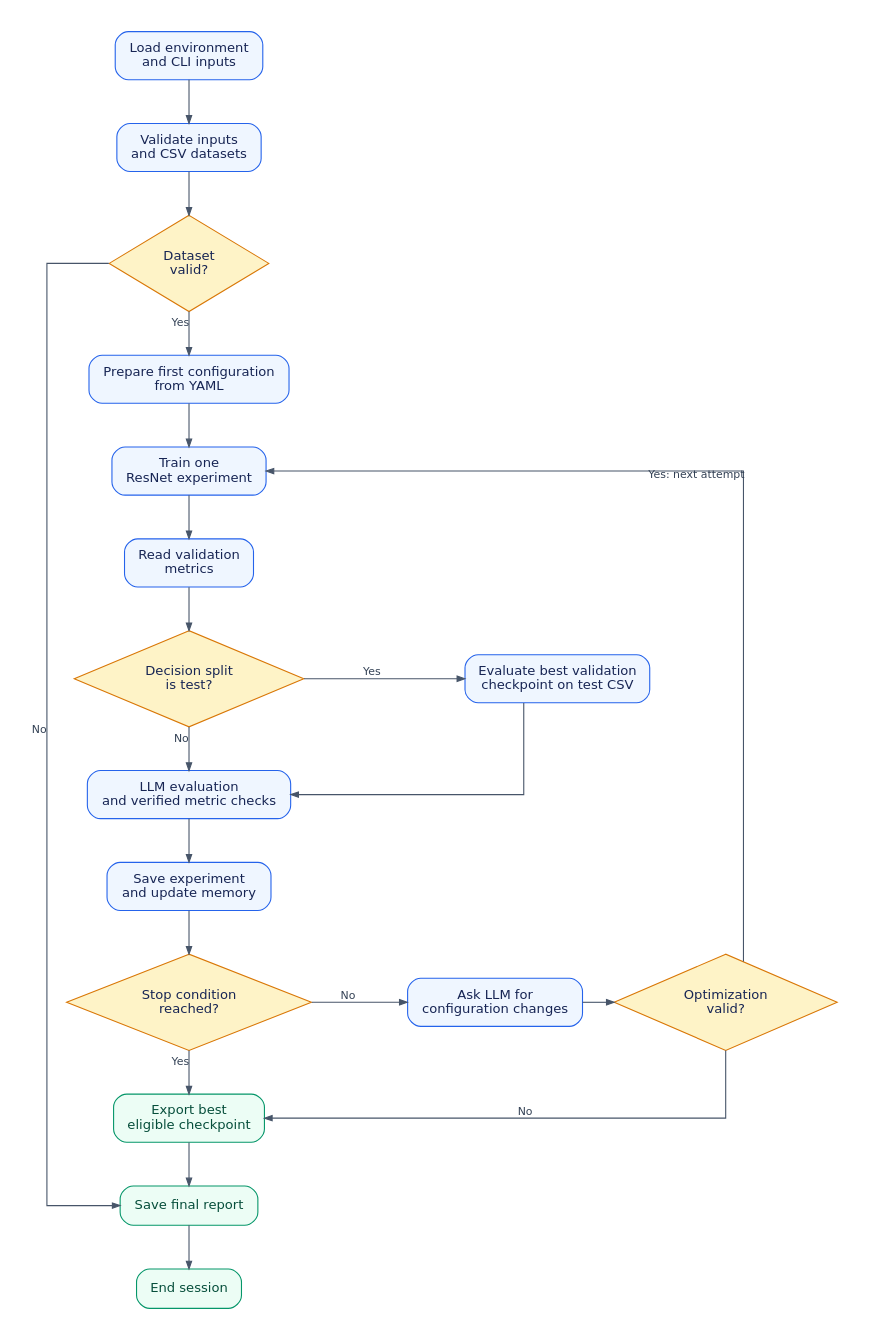
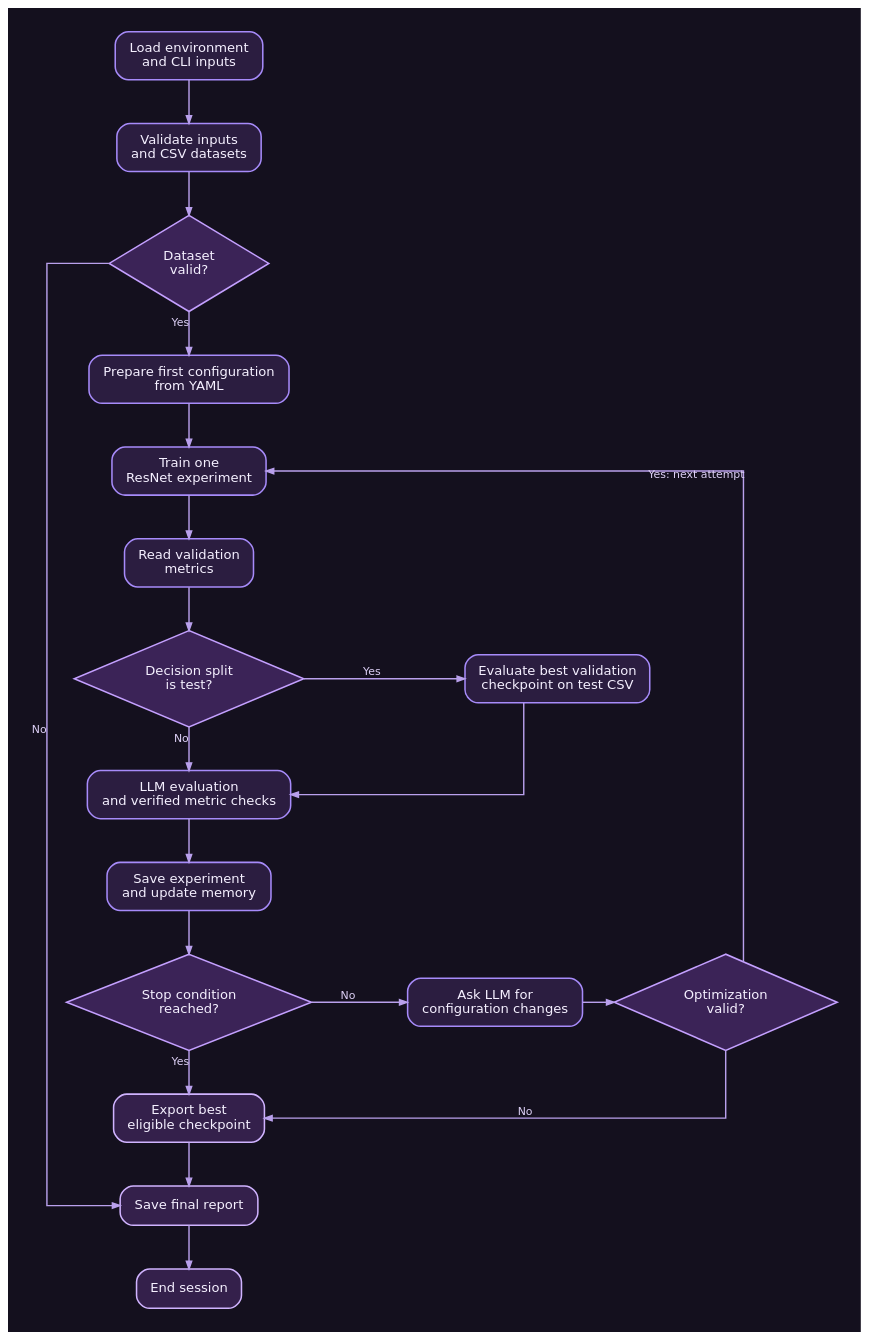
The diagram in docs/assets/agent-workflow.dot (NoraAlqasem/classification_agent), drawn with Graphviz before and after one commit. The commit also changed 1 other file, not shown here.

Commit message:
Style workflow diagram with a dark purple theme

```diff
--- a/docs/assets/agent-workflow.dot
+++ b/docs/assets/agent-workflow.dot
@@ -1,40 +1,40 @@
 digraph AgentWorkflow {
-  graph [rankdir=TB, bgcolor="#ffffff", pad=0.3, nodesep=0.4, ranksep=0.55, splines=ortho];
-  node [shape=box, style="rounded,filled", fillcolor="#eff6ff", color="#2563eb", fontcolor="#172554", fontname="DejaVu Sans", fontsize=12, margin="0.18,0.12", group=main];
-  edge [color="#475569", fontcolor="#334155", fontname="DejaVu Sans", fontsize=10, arrowsize=0.7, weight=10];
+  graph [rankdir=TB, bgcolor="#14101e", pad=0.3, nodesep=0.4, ranksep=0.55, splines=ortho];
+  node [shape=box, style="rounded,filled", fillcolor="#2b1d40", color="#a78bfa", fontcolor="#f5f0ff", penwidth=1.4, fontname="DejaVu Sans", fontsize=12, margin="0.18,0.12", group=main];
+  edge [color="#b9a0ec", fontcolor="#ddd0f6", penwidth=1.3, fontname="DejaVu Sans", fontsize=10, arrowsize=0.7, weight=10];
 
   input [label="Load environment\nand CLI inputs"];
   validate [label="Validate inputs\nand CSV datasets"];
-  valid [label="Dataset\nvalid?", shape=diamond, style=filled, fillcolor="#fef3c7", color="#d97706"];
+  valid [label="Dataset\nvalid?", shape=diamond, style=filled, fillcolor="#3b2357", color="#c4a0ff"];
   baseline [label="Prepare first configuration\nfrom YAML"];
   train [label="Train one\nResNet experiment"];
   monitor [label="Read validation\nmetrics"];
-  split [label="Decision split\nis test?", shape=diamond, style=filled, fillcolor="#fef3c7", color="#d97706"];
+  split [label="Decision split\nis test?", shape=diamond, style=filled, fillcolor="#3b2357", color="#c4a0ff"];
   test [group=test, label="Evaluate best validation\ncheckpoint on test CSV"];
   evaluate [label="LLM evaluation\nand verified metric checks"];
   memory [label="Save experiment\nand update memory"];
-  stop [label="Stop condition\nreached?", shape=diamond, style=filled, fillcolor="#fef3c7", color="#d97706"];
+  stop [label="Stop condition\nreached?", shape=diamond, style=filled, fillcolor="#3b2357", color="#c4a0ff"];
   optimize [group=tune, label="Ask LLM for\nconfiguration changes"];
-  proposal [group=proposal, label="Optimization\nvalid?", shape=diamond, style=filled, fillcolor="#fef3c7", color="#d97706"];
-  export [label="Export best\neligible checkpoint", fillcolor="#ecfdf5", color="#059669", fontcolor="#064e3b"];
-  report [label="Save final report", fillcolor="#ecfdf5", color="#059669", fontcolor="#064e3b"];
-  end [label="End session", fillcolor="#ecfdf5", color="#059669", fontcolor="#064e3b"];
+  proposal [group=proposal, label="Optimization\nvalid?", shape=diamond, style=filled, fillcolor="#3b2357", color="#c4a0ff"];
+  export [label="Export best\neligible checkpoint", fillcolor="#34204b", color="#d0b3ff"];
+  report [label="Save final report", fillcolor="#34204b", color="#d0b3ff"];
+  end [label="End session", fillcolor="#34204b", color="#d0b3ff"];
 
   input -> validate -> valid;
   valid -> baseline [xlabel="Yes"];
   valid -> report [xlabel="No", constraint=false, weight=0];
   baseline -> train -> monitor -> split;
   split -> test [xlabel="Yes", weight=0];
   split -> evaluate [xlabel="No"];
   test -> evaluate [weight=0];
   evaluate -> memory -> stop;
   stop -> optimize [xlabel="No", weight=0];
   stop -> export [xlabel="Yes"];
   optimize -> proposal;
   proposal -> train [xlabel="Yes: next attempt", constraint=false];
   proposal -> export [xlabel="No"];
   export -> report -> end;
 
   { rank=same; split; test; }
   { rank=same; stop; optimize; proposal; }
 }
```
